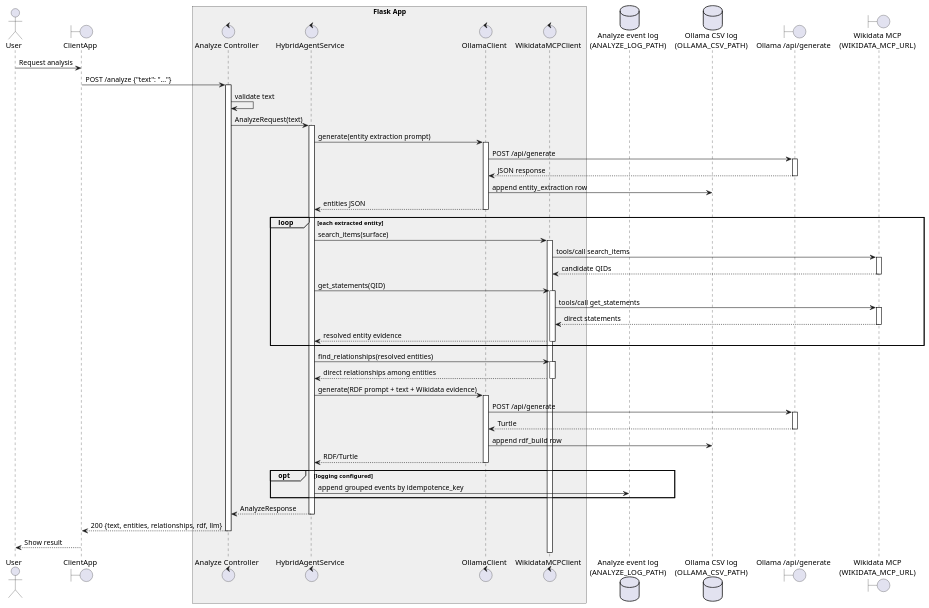
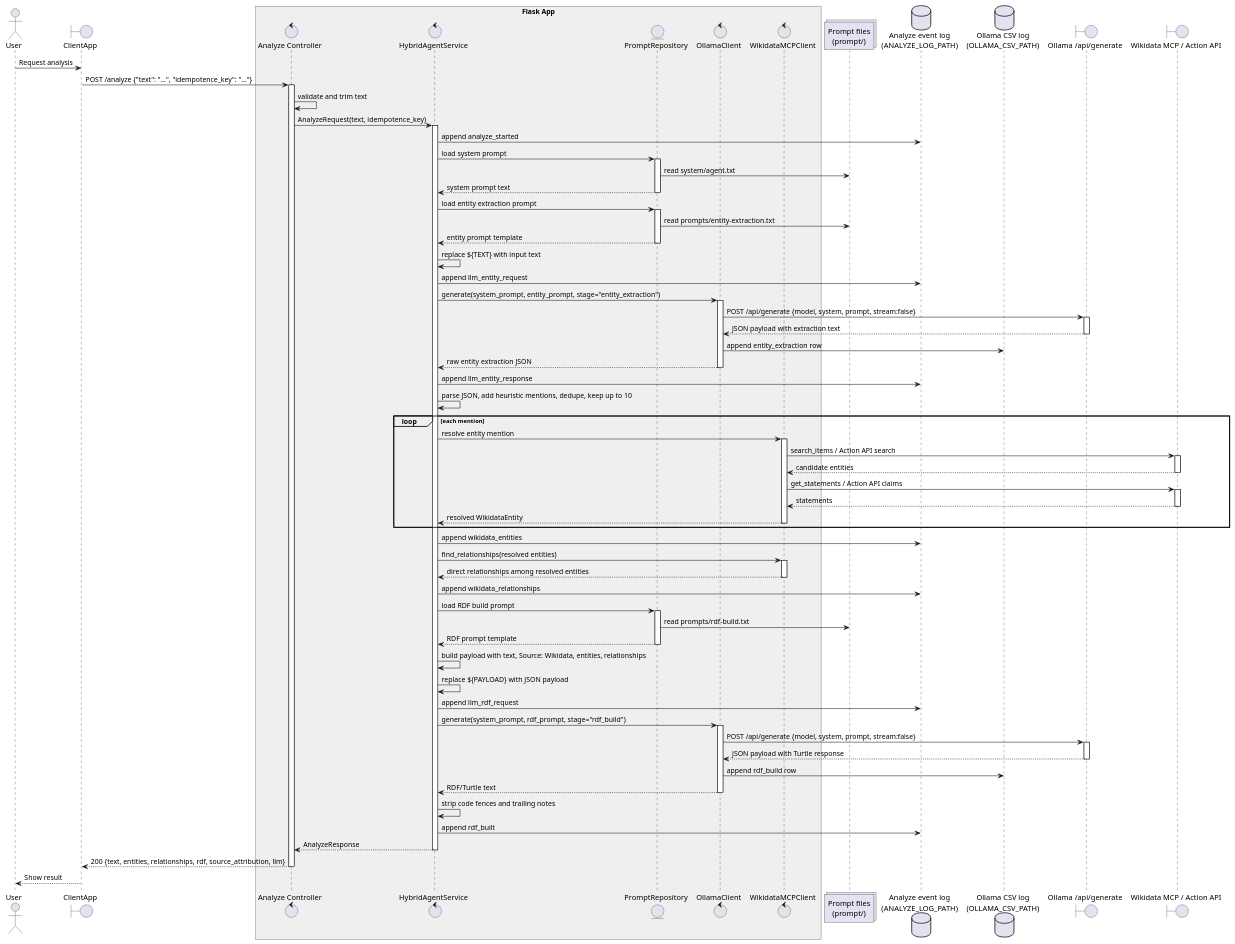
The diagram in docs/seq/analyze.puml (giovannabbottino/hybrid-pipelines), drawn with PlantUML before and after one commit. The commit also changed 12 other files, not shown here.

```diff
--- a/docs/seq/analyze.puml
+++ b/docs/seq/analyze.puml
@@ -1,54 +1,82 @@
 @startuml
 actor User
 boundary ClientApp as Client
 
 box "Flask App" #EFEFEF
   control "Analyze Controller" as Controller
   control "HybridAgentService" as Agent
+  entity "PromptRepository" as Repo
   control "OllamaClient" as LLM
   control "WikidataMCPClient" as WD
 end box
 
+collections "Prompt files\n(prompt/)" as PromptFiles
 database "Analyze event log\n(ANALYZE_LOG_PATH)" as EventLog
 database "Ollama CSV log\n(OLLAMA_CSV_PATH)" as CSV
 boundary "Ollama /api/generate" as Ollama
-boundary "Wikidata MCP\n(WIKIDATA_MCP_URL)" as MCP
+boundary "Wikidata MCP / Action API" as Wikidata
 
 User -> Client: Request analysis
-Client -> Controller ++: POST /analyze {"text": "..."}
-Controller -> Controller: validate text
-Controller -> Agent ++: AnalyzeRequest(text)
+Client -> Controller ++: POST /analyze {"text": "...", "idempotence_key": "..."}
+Controller -> Controller: validate and trim text
+Controller -> Agent ++: AnalyzeRequest(text, idempotence_key)
 
-Agent -> LLM ++: generate(entity extraction prompt)
-LLM -> Ollama ++: POST /api/generate
-Ollama --> LLM --: JSON response
+Agent -> EventLog: append analyze_started
+
+Agent -> Repo ++: load system prompt
+Repo -> PromptFiles: read system/agent.txt
+Repo --> Agent --: system prompt text
+
+Agent -> Repo ++: load entity extraction prompt
+Repo -> PromptFiles: read prompts/entity-extraction.txt
+Repo --> Agent --: entity prompt template
+
+Agent -> Agent: replace ${TEXT} with input text
+Agent -> EventLog: append llm_entity_request
+
+Agent -> LLM ++: generate(system_prompt, entity_prompt, stage="entity_extraction")
+LLM -> Ollama ++: POST /api/generate {model, system, prompt, stream:false}
+Ollama --> LLM --: JSON payload with extraction text
 LLM -> CSV: append entity_extraction row
-LLM --> Agent --: entities JSON
+LLM --> Agent --: raw entity extraction JSON
 
-loop each extracted entity
-  Agent -> WD ++: search_items(surface)
-  WD -> MCP ++: tools/call search_items
-  MCP --> WD --: candidate QIDs
-  Agent -> WD ++: get_statements(QID)
-  WD -> MCP ++: tools/call get_statements
-  MCP --> WD --: direct statements
-  WD --> Agent --: resolved entity evidence
+Agent -> EventLog: append llm_entity_response
+Agent -> Agent: parse JSON, add heuristic mentions, dedupe, keep up to 10
+
+loop each mention
+  Agent -> WD ++: resolve entity mention
+  WD -> Wikidata ++: search_items / Action API search
+  Wikidata --> WD --: candidate entities
+  WD -> Wikidata ++: get_statements / Action API claims
+  Wikidata --> WD --: statements
+  WD --> Agent --: resolved WikidataEntity
 end
 
+Agent -> EventLog: append wikidata_entities
+
 Agent -> WD ++: find_relationships(resolved entities)
-WD --> Agent --: direct relationships among entities
+WD --> Agent --: direct relationships among resolved entities
+Agent -> EventLog: append wikidata_relationships
 
-Agent -> LLM ++: generate(RDF prompt + text + Wikidata evidence)
-LLM -> Ollama ++: POST /api/generate
-Ollama --> LLM --: Turtle
+Agent -> Repo ++: load RDF build prompt
+Repo -> PromptFiles: read prompts/rdf-build.txt
+Repo --> Agent --: RDF prompt template
+
+Agent -> Agent: build payload with text, Source: Wikidata, entities, relationships
+Agent -> Agent: replace ${PAYLOAD} with JSON payload
+Agent -> EventLog: append llm_rdf_request
+
+Agent -> LLM ++: generate(system_prompt, rdf_prompt, stage="rdf_build")
+LLM -> Ollama ++: POST /api/generate {model, system, prompt, stream:false}
+Ollama --> LLM --: JSON payload with Turtle response
 LLM -> CSV: append rdf_build row
-LLM --> Agent --: RDF/Turtle
+LLM --> Agent --: RDF/Turtle text
 
-opt logging configured
-  Agent -> EventLog: append grouped events by idempotence_key
-end
+Agent -> Agent: strip code fences and trailing notes
+Agent -> EventLog: append rdf_built
 
 Agent --> Controller --: AnalyzeResponse
-Controller --> Client --: 200 {text, entities, relationships, rdf, llm}
+Controller --> Client --: 200 {text, entities, relationships, rdf, source_attribution, llm}
 Client --> User: Show result
+
 @enduml
```
